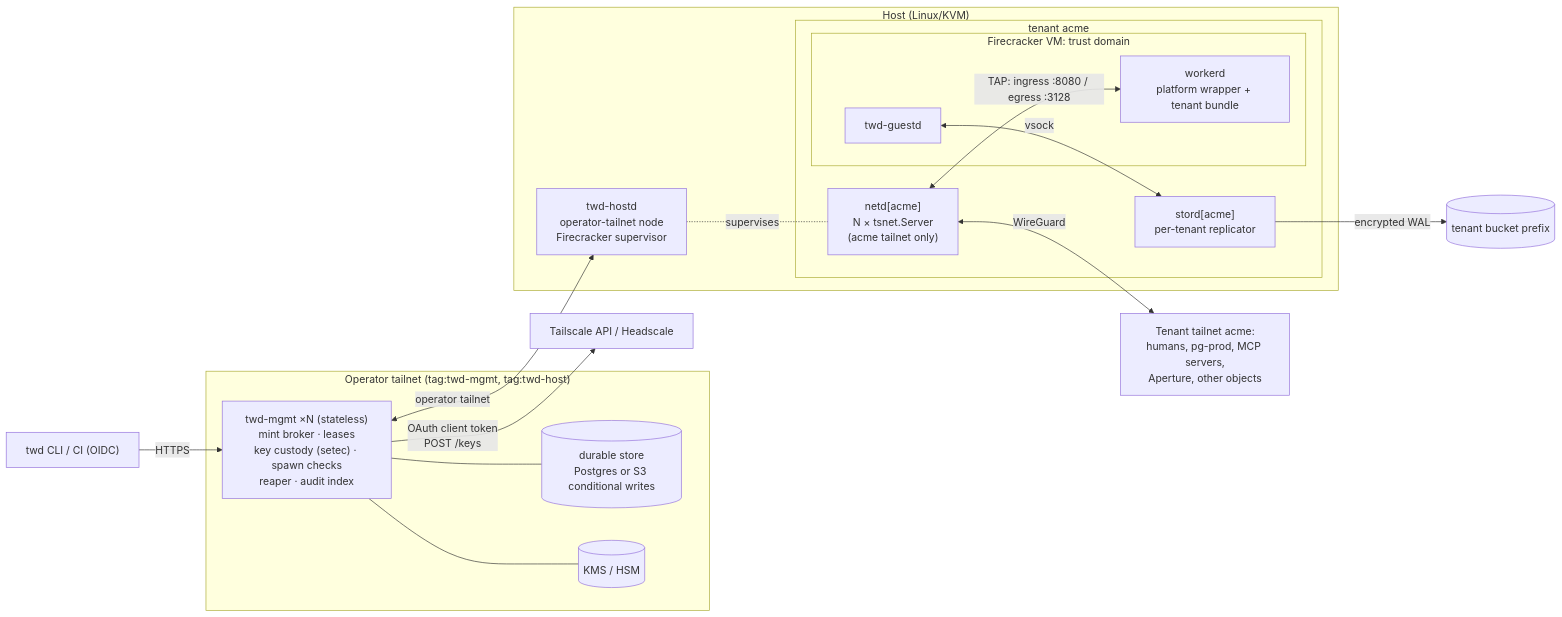
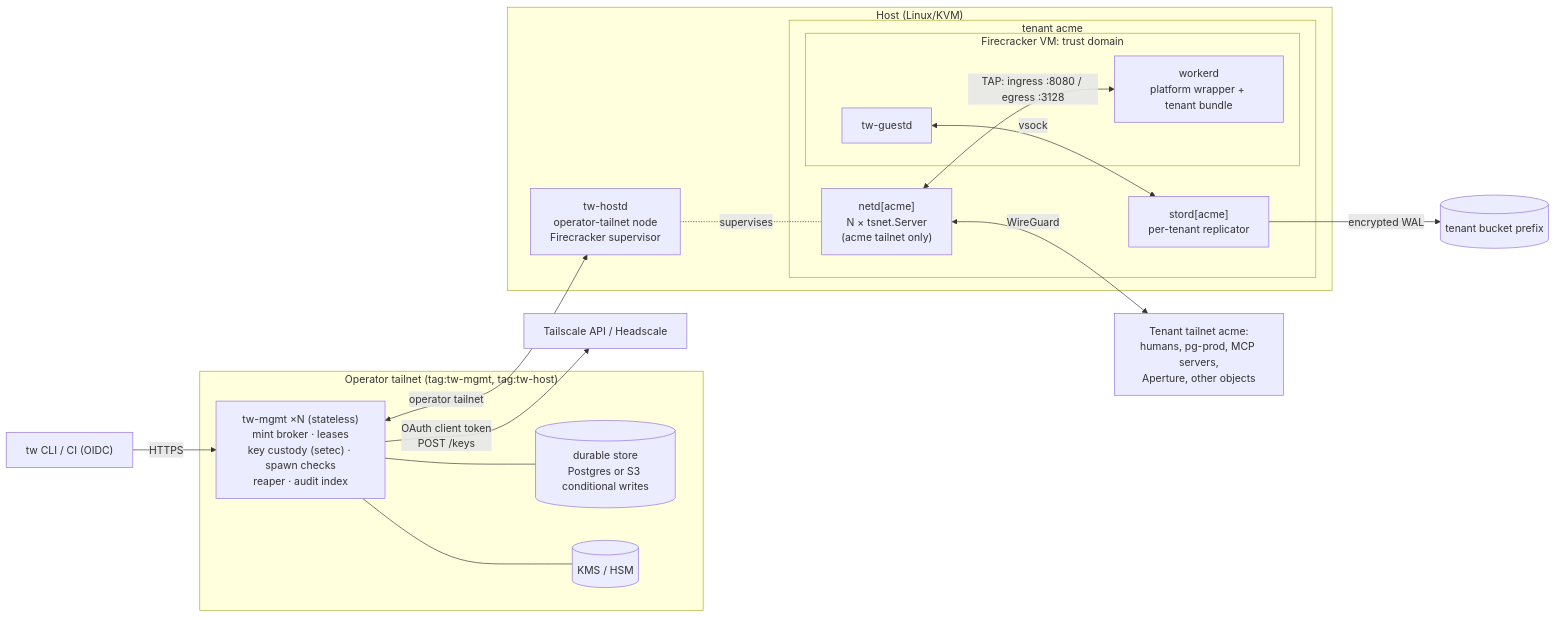
The first of 7 diagrams in docs/design/RFC.md (XSY-28/tailworks), drawn with Mermaid before and after one commit. The commit also changed other lines of this file and 1209 other files, not shown here.

````diff
--- a/docs/design/RFC.md
+++ b/docs/design/RFC.md
@@ -75,29 +75,29 @@
 ```mermaid
 flowchart LR
-  subgraph OP["Operator tailnet (tag:twd-mgmt, tag:twd-host)"]
-    MGMT["twd-mgmt ×N (stateless)<br/>mint broker · leases<br/>key custody (setec) · spawn checks<br/>reaper · audit index"]
+  subgraph OP["Operator tailnet (tag:tw-mgmt, tag:tw-host)"]
+    MGMT["tw-mgmt ×N (stateless)<br/>mint broker · leases<br/>key custody (setec) · spawn checks<br/>reaper · audit index"]
     STORE[("durable store<br/>Postgres or S3 conditional writes")]
     KMS[("KMS / HSM")]
     MGMT --- STORE
     MGMT --- KMS
   end
   subgraph H["Host (Linux/KVM)"]
-    HOSTD["twd-hostd<br/>operator-tailnet node<br/>Firecracker supervisor"]
+    HOSTD["tw-hostd<br/>operator-tailnet node<br/>Firecracker supervisor"]
     subgraph TA["tenant acme"]
       NETD["netd[acme]<br/>N × tsnet.Server<br/>(acme tailnet only)"]
       STORD["stord[acme]<br/>per-tenant replicator"]
       subgraph VM["Firecracker VM: trust domain"]
-        GUESTD["twd-guestd"]
+        GUESTD["tw-guestd"]
         WD["workerd<br/>platform wrapper + tenant bundle"]
       end
       NETD <-- "TAP: ingress :8080 / egress :3128" --> WD
       GUESTD <-- vsock --> STORD
     end
     HOSTD -. supervises .- NETD
   end
-  CLI["twd CLI / CI (OIDC)"] -->|HTTPS| MGMT
+  CLI["tw CLI / CI (OIDC)"] -->|HTTPS| MGMT
   MGMT <-->|operator tailnet| HOSTD
   MGMT -->|OAuth client token<br/>POST /keys| TSAPI["Tailscale API / Headscale"]
   NETD <-->|WireGuard| TN["Tenant tailnet acme:<br/>humans, pg-prod, MCP servers,<br/>Aperture, other objects"]
   STORD -->|encrypted WAL| BKT[("tenant bucket prefix")]
 ```
````
